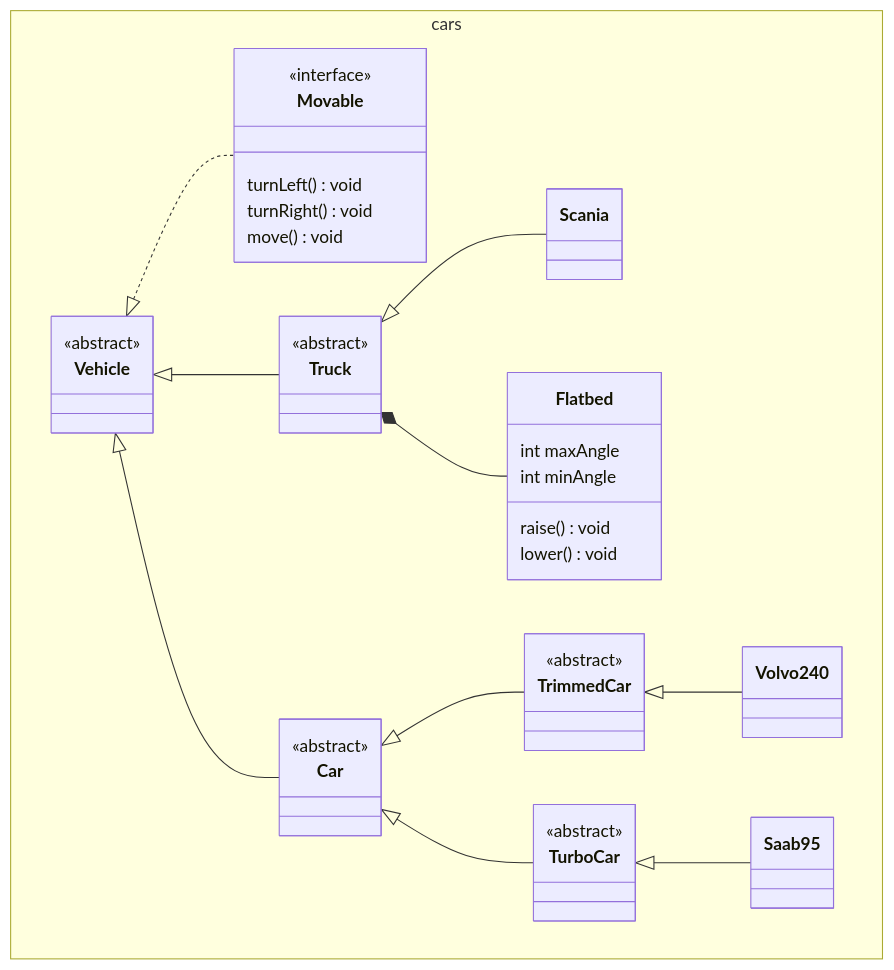
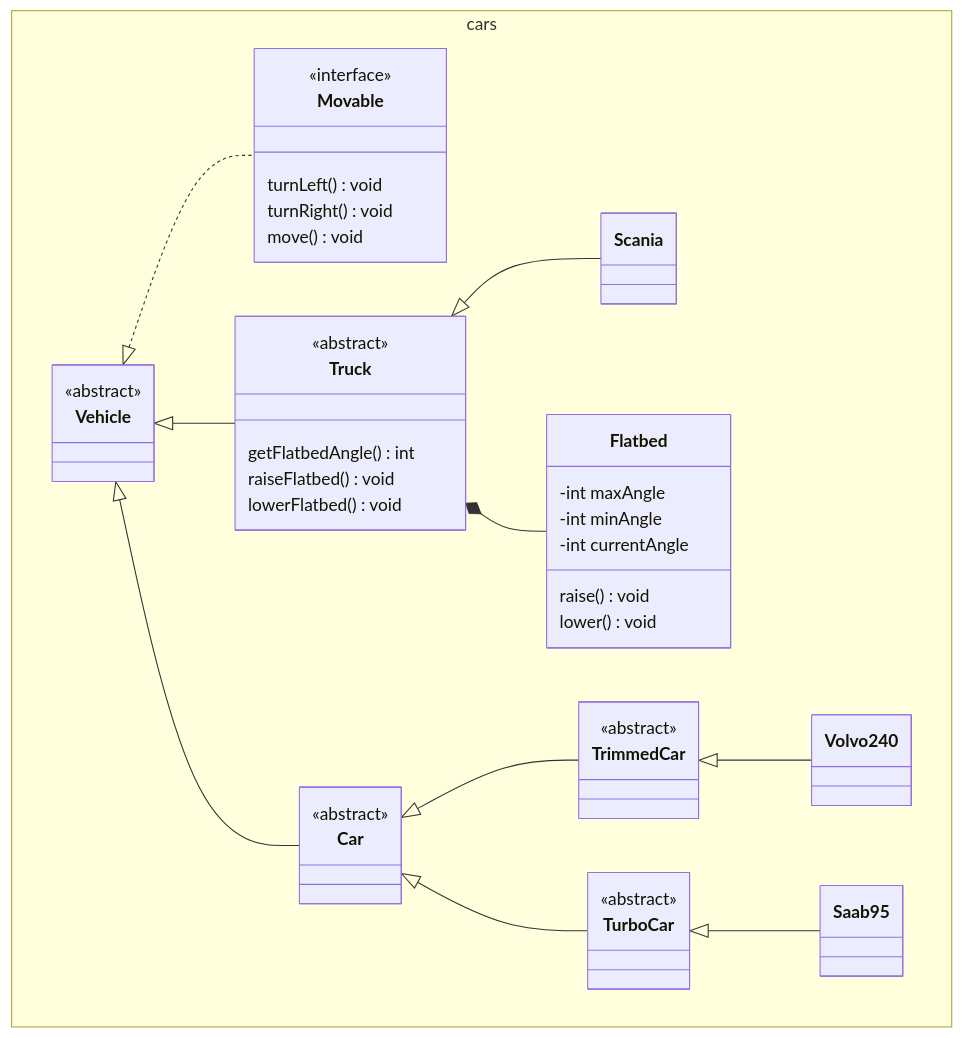
Before and after one commit to hasicx/TDA553-lab1: the diagram in docs/class-diagram.md, drawn with Mermaid.

Commit message:
docs: Expand diagram contents for Truck and Flatbed

````diff
--- a/docs/class-diagram.md
+++ b/docs/class-diagram.md
@@ -1,59 +1,63 @@
 ```mermaid
 classDiagram
   namespace cars {
     class Movable{
       turnLeft() void
       turnRight() void
       move() void
     }
 
     class Vehicle {
     }
 
     class Truck {
+      getFlatbedAngle() int
+      raiseFlatbed() void
+      lowerFlatbed() void
     }
 
     class Scania {
     }
 
     class Flatbed {
-      int maxAngle
-      int minAngle
+      -int maxAngle
+      -int minAngle
+      -int currentAngle
       raise() void
       lower() void
     }
 
     class Car {
     }
 
     class TrimmedCar {
     }
 
     class TurboCar {
     }
 
     class Volvo240 {
     }
 
     class Saab95 {
     }
   }
 
   <<abstract>> Vehicle
   <<abstract>> Truck
   <<abstract>> Car
   <<abstract>> TrimmedCar
   <<abstract>> TurboCar
   <<interface>> Movable
 
   Vehicle <|.. Movable
   Vehicle <|-- Car
   Vehicle <|-- Truck
   Truck <|-- Scania
   Truck *-- Flatbed
   Car <|-- TrimmedCar
   Car <|-- TurboCar
   TrimmedCar <|-- Volvo240
   TurboCar <|-- Saab95
 
 ```
````
